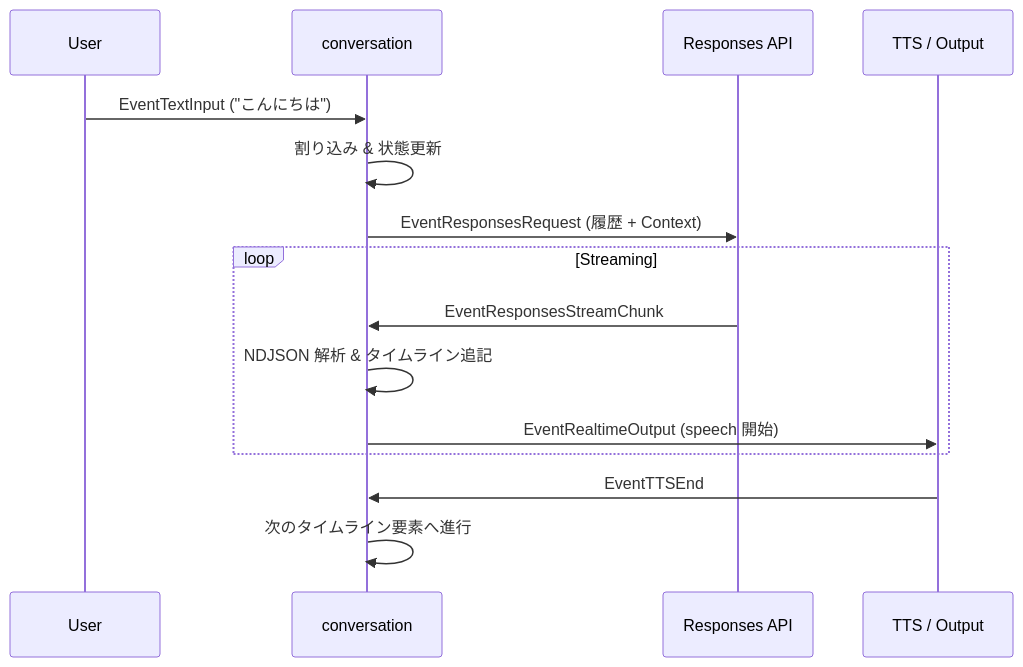
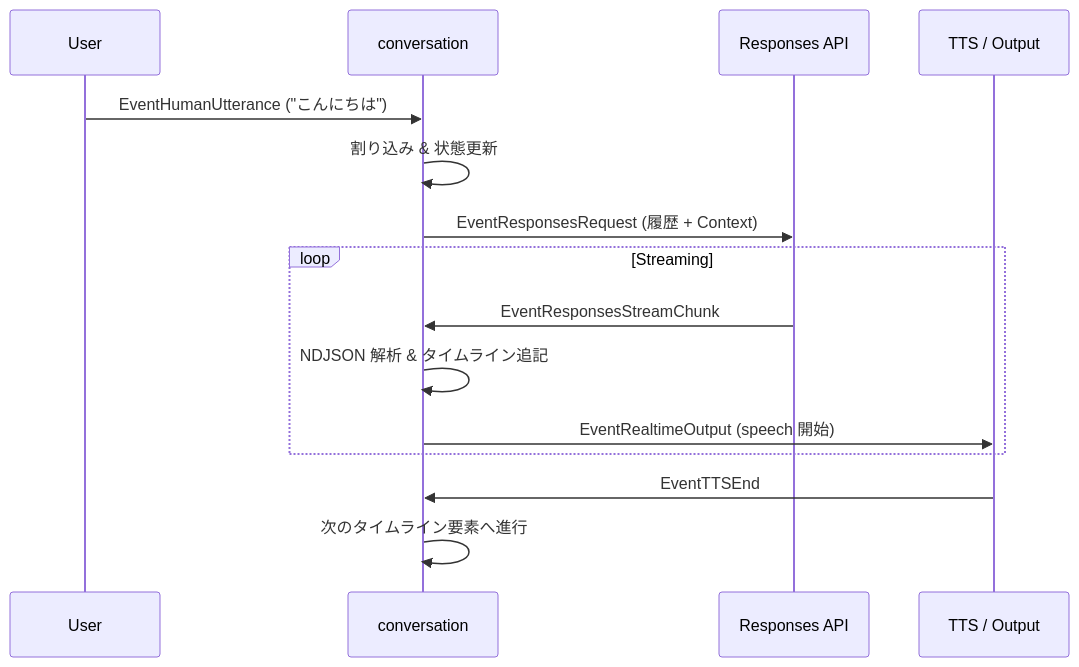
Before and after one commit to tetetratra/smart-speaker: the first of 2 diagrams in docs/components/conversation.md, drawn with Mermaid. The commit also changed other lines of this file and 2 other files, not shown here.

````diff
--- a/docs/components/conversation.md
+++ b/docs/components/conversation.md
@@ -42,20 +42,20 @@
 ```mermaid
 sequenceDiagram
     participant U as User
     participant C as conversation
     participant R as Responses API
     participant T as TTS / Output
 
-    U->>C: EventTextInput ("こんにちは")
+    U->>C: EventHumanUtterance ("こんにちは")
     C->>C: 割り込み & 状態更新
     C->>R: EventResponsesRequest (履歴 + Context)
     
     loop Streaming
         R->>C: EventResponsesStreamChunk
         C->>C: NDJSON 解析 & タイムライン追記
         C->>T: EventRealtimeOutput (speech 開始)
     end
 
     T->>C: EventTTSEnd
     C->>C: 次のタイムライン要素へ進行
 ```
````
